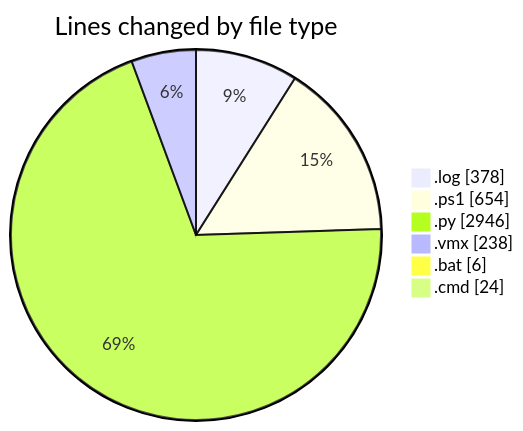
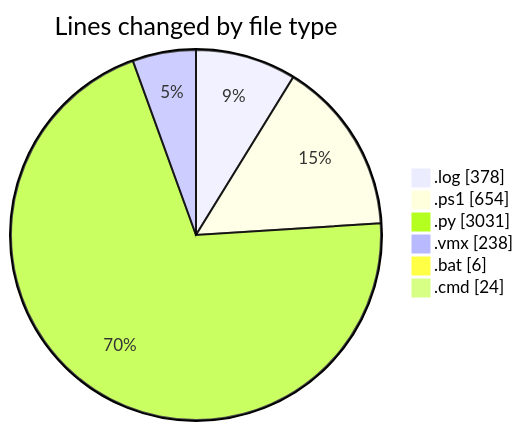
Before and after one commit to shibass792/code-tracking: the first of 2 diagrams in 2026-07-08/twenty_versions_aminor/README.md, drawn with Mermaid. The commit also changed other lines of this file and 1 other file, not shown here.

````diff
--- a/2026-07-08/twenty_versions_aminor/README.md
+++ b/2026-07-08/twenty_versions_aminor/README.md
@@ -33,10 +33,10 @@
 ```mermaid
 pie showData
 title Lines changed by file type
 ".log" : 378
 ".ps1" : 654
-".py" : 2946
+".py" : 3031
 ".vmx" : 238
 ".bat" : 6
 ".cmd" : 24
 ```
````
